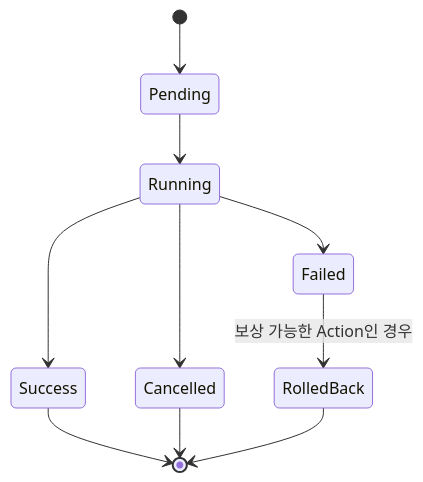
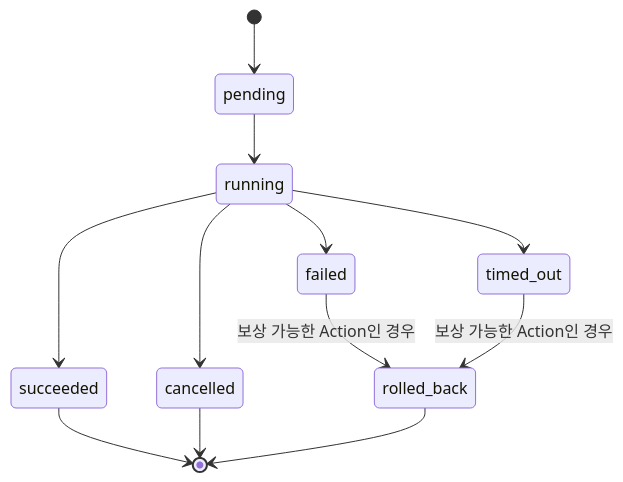
Before and after one commit to Jdukmin/LingOnDevDocs: the diagram in requirements/domain_icd/action.md, drawn with Mermaid. The commit also changed other lines of this file and 6 other files, not shown here.

````diff
--- a/requirements/domain_icd/action.md
+++ b/requirements/domain_icd/action.md
@@ -87,12 +99,14 @@
 ```mermaid
 stateDiagram-v2
-    [*] --> Pending
-    Pending --> Running
-    Running --> Success
-    Running --> Failed
-    Running --> Cancelled
-    Failed --> RolledBack : 보상 가능한 Action인 경우
-    Success --> [*]
-    Cancelled --> [*]
-    RolledBack --> [*]
+    [*] --> pending
+    pending --> running
+    running --> succeeded
+    running --> failed
+    running --> timed_out
+    running --> cancelled
+    failed --> rolled_back : 보상 가능한 Action인 경우
+    timed_out --> rolled_back : 보상 가능한 Action인 경우
+    succeeded --> [*]
+    cancelled --> [*]
+    rolled_back --> [*]
 ```
````
